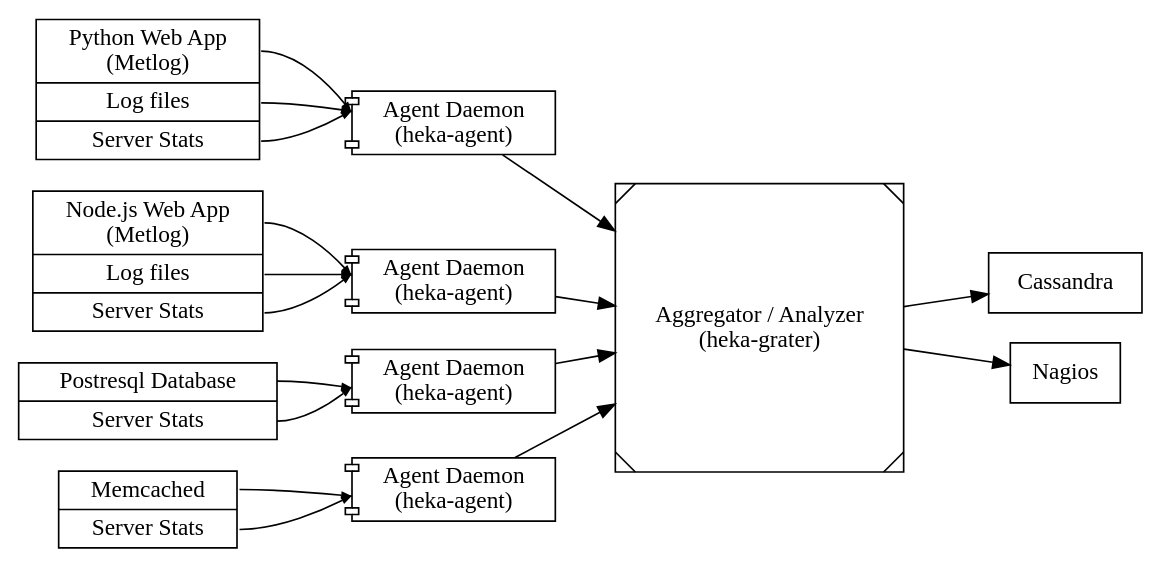
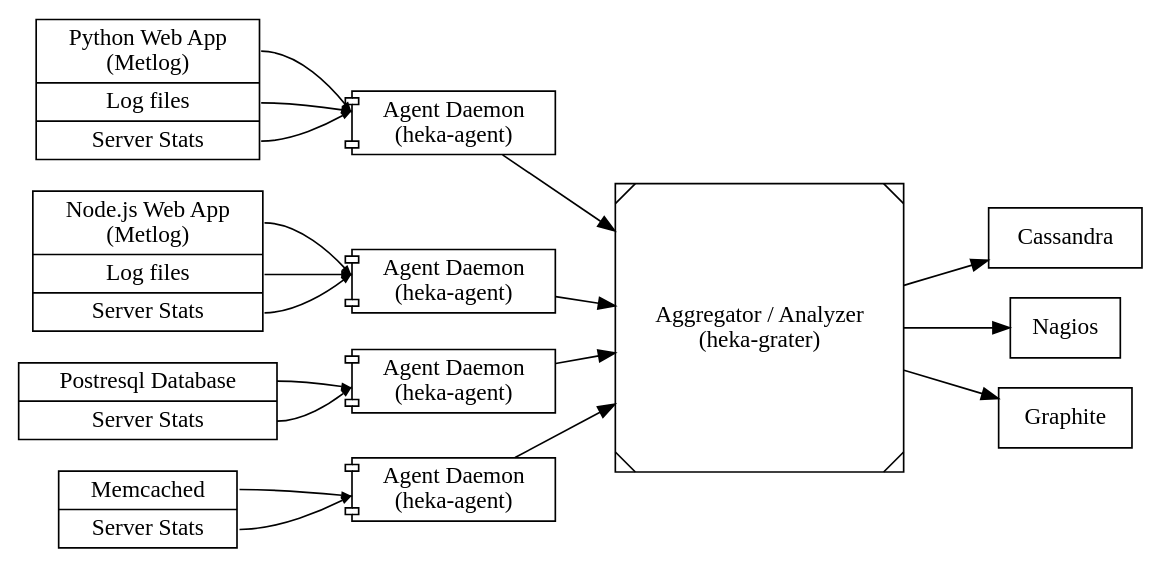
Before and after one commit to mozilla-services/heka-docs: the diagram in source/architecture/overview.dot, drawn with Graphviz. The commit also changed 1 other file, not shown here.

Commit message:
Add graphite to graph

```diff
--- a/source/architecture/overview.dot
+++ b/source/architecture/overview.dot
@@ -1,56 +1,60 @@
 digraph overview {
     rankdir=LR;
     ranksep=equally;
 
     subgraph {
         rank=same;
         node [shape=record];
         input1 [label="<f0> Python Web App\n(Metlog)|<f1> Log files|<f2> Server Stats"];
         input2 [label="<f0> Node.js Web App\n(Metlog)|<f1> Log files|<f2> Server Stats"];
         input3 [label="<f0> Postresql Database|<f1> Server Stats"];
         input4 [label="<f0> Memcached|<f1> Server Stats"]
     }
 
     subgraph {
         rank=same;
         node [shape=component, label="Agent Daemon\n(heka-agent)"];
         agent1 [];
         agent2 [];
         agent3 [];
         agent4 [];
     }
 
     subgraph {
         edge [samehead = "t", arrowsize=0.5];
         input1:f0 -> agent1;
         input1:f1 -> agent1;
         input1:f2 -> agent1;
 
         input2:f0 -> agent2;
         input2:f1 -> agent2;
         input2:f2 -> agent2;
 
         input3:f0 -> agent3;
         input3:f1 -> agent3;
 
         input4:f0 -> agent4;
         input4:f1 -> agent4;
     }
 
     aggregator [shape=Msquare, label="Aggregator / Analyzer\n(heka-grater)"];
 
     agent1 -> aggregator;
     agent2 -> aggregator;
     agent3 -> aggregator;
     agent4 -> aggregator;
 
     subgraph {
         rank=same;
         node [shape=box];
         cassandra [label="Cassandra"];
         nagios [label="Nagios"];
+        graphite [label="Graphite"];
     }
 
-    aggregator -> cassandra;
-    aggregator -> nagios;
+    subgraph {
+        aggregator -> cassandra;
+        aggregator -> nagios;
+        aggregator -> graphite;
+    }
 }
```
